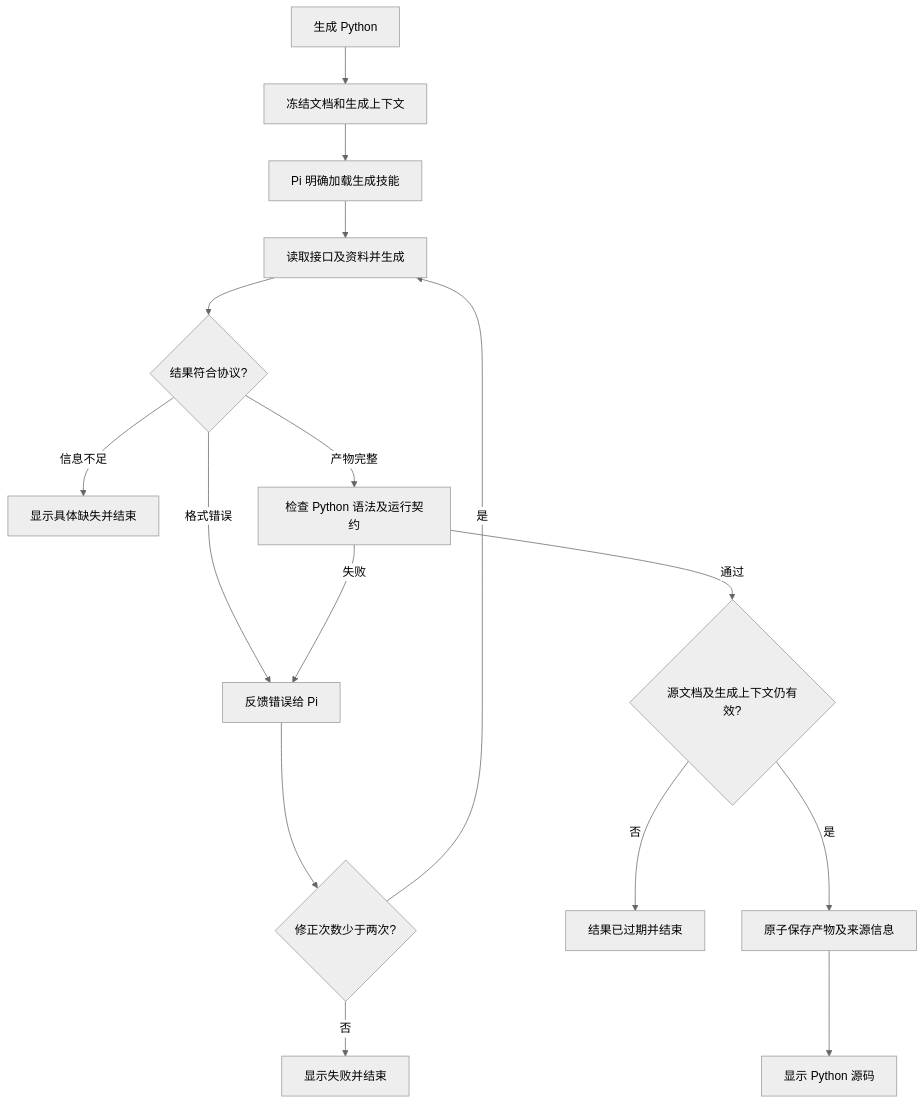
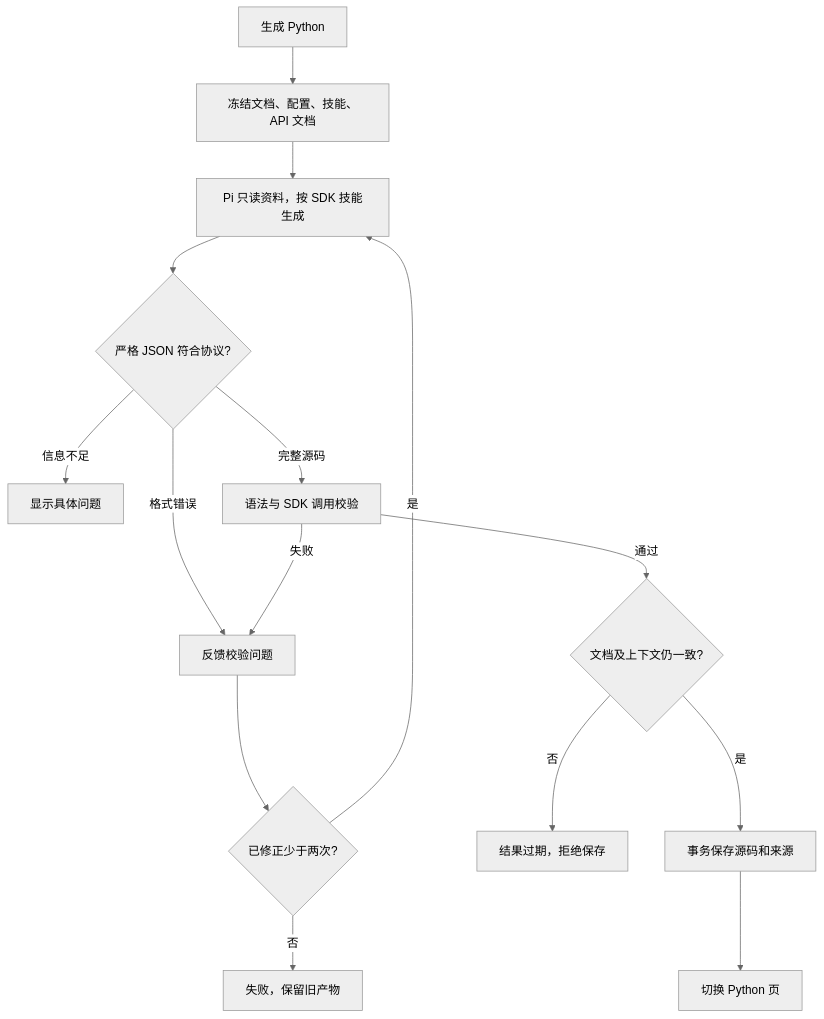
One commit to liuzhuogood/MyWebScrcpy changed the diagram in docs/versions/v1.21.0-feature/design.md. Above: the diagram before and after it, drawn with Mermaid (neutral theme). The commit also changed other lines of this file and 69 other files, not shown here.

Commit message:
feat(脚本@v1.21.0-feature)：接入 Pi 生成与统一 Python SDK

````diff
--- a/docs/versions/v1.21.0-feature/design.md
+++ b/docs/versions/v1.21.0-feature/design.md
@@ -90,18 +53,17 @@
 ```mermaid
 flowchart TD
-    A[生成 Python] --> B[冻结文档和生成上下文]
-    B --> C[Pi 明确加载生成技能]
-    C --> D[读取接口及资料并生成]
-    D --> E{结果符合协议?}
-    E -->|信息不足| Q[显示具体缺失并结束]
-    E -->|产物完整| F[检查 Python 语法及运行契约]
-    E -->|格式错误| R[反馈错误给 Pi]
+    A[生成 Python] --> B[冻结文档、配置、技能、API 文档]
+    B --> C[Pi 只读资料，按 SDK 技能生成]
+    C --> D{严格 JSON 符合协议?}
+    D -->|信息不足| E[显示具体问题]
+    D -->|完整源码| F[语法与 SDK 调用校验]
+    D -->|格式错误| R[反馈校验问题]
     F -->|失败| R
-    R --> L{修正次数少于两次?}
-    L -->|是| D
-    L -->|否| X[显示失败并结束]
-    F -->|通过| H{源文档及生成上下文仍有效?}
-    H -->|否| S[结果已过期并结束]
-    H -->|是| G[原子保存产物及来源信息]
-    G --> P[显示 Python 源码]
+    R --> L{已修正少于两次?}
+    L -->|是| C
+    L -->|否| X[失败，保留旧产物]
+    F -->|通过| G{文档及上下文仍一致?}
+    G -->|否| S[结果过期，拒绝保存]
+    G -->|是| H[事务保存源码和来源]
+    H --> I[切换 Python 页]
 ```
````
